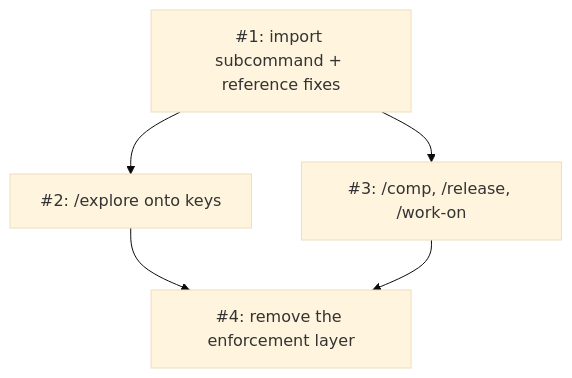
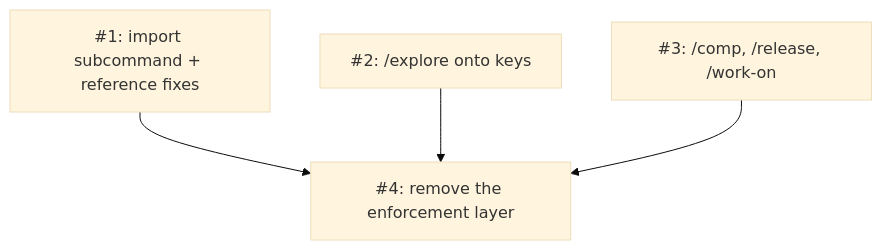
One commit to tsukumogami/shirabe changed the diagram in docs/plans/PLAN-leaf-skills-off-folder.md. Above: the diagram before and after it, drawn with Mermaid (base theme). The commit also changed other lines of this file and 1 other file, not shown here.

````diff
--- a/docs/plans/PLAN-leaf-skills-off-folder.md
+++ b/docs/plans/PLAN-leaf-skills-off-folder.md
@@ -290,12 +294,11 @@
 ```mermaid
 graph TD
     I1["#1: import subcommand + reference fixes"]
     I2["#2: /explore onto keys"]
     I3["#3: /comp, /release, /work-on"]
     I4["#4: remove the enforcement layer"]
 
-    I1 --> I2
-    I1 --> I3
+    I1 --> I4
     I2 --> I4
     I3 --> I4
 ```
````
